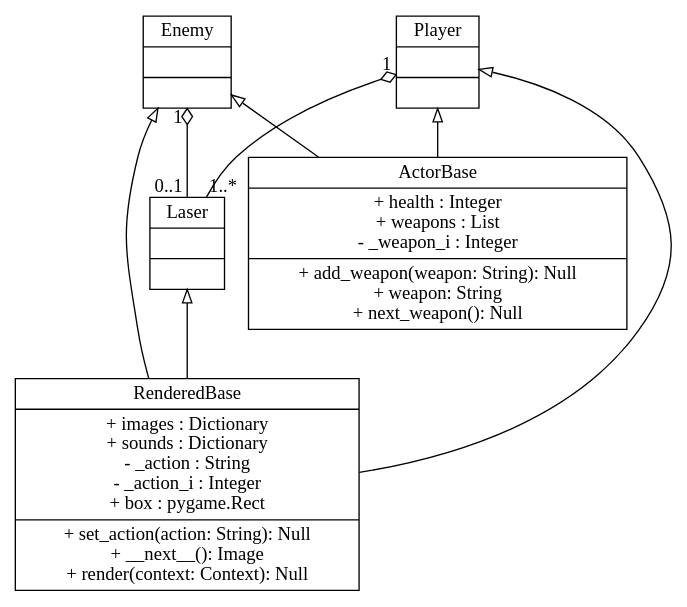
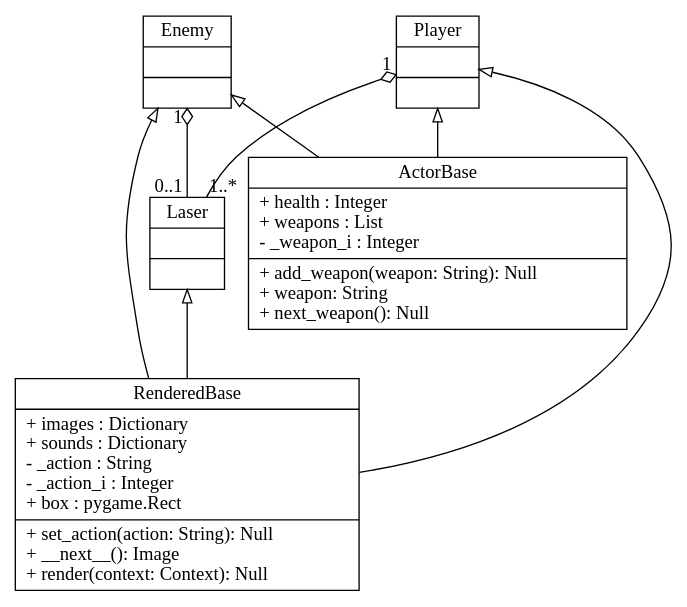
One commit to terrencepreilly/CPS410 changed the diagram in hw2/assets/object_models.dot. Above: the diagram before and after it, drawn with Graphviz. The commit also changed 6 other files, not shown here.

```diff
--- a/hw2/assets/object_models.dot
+++ b/hw2/assets/object_models.dot
@@ -1,50 +1,50 @@
 digraph G {
     node [shape="record"];
     RenderedBase [label="{
         RenderedBase |
           {
-            + images : Dictionary \n
-            + sounds : Dictionary \n
-            - _action : String \n
-            - _action_i : Integer \n
-            + box : pygame.Rect
+            + images : Dictionary \l
+            + sounds : Dictionary \l
+            - _action : String \l
+            - _action_i : Integer \l
+            + box : pygame.Rect \l
           } | {
-            + set_action(action: String): Null \n
-            + __next__(): Image \n
-            + render(context: Context): Null \n
+            + set_action(action: String): Null \l
+            + __next__(): Image \l
+            + render(context: Context): Null \l
           }
         }"];
     ActorBase [label="{
         ActorBase |
           {
-            + health : Integer \n
-            + weapons : List \n
-            - _weapon_i : Integer
+            + health : Integer \l
+            + weapons : List \l
+            - _weapon_i : Integer \l
           } | {
-            + add_weapon(weapon: String): Null \n
-            + weapon: String \n
-            + next_weapon(): Null \n
+            + add_weapon(weapon: String): Null \l
+            + weapon: String \l
+            + next_weapon(): Null \l
           }
         }"];
 
     Player [label="{Player | {} | {}}"];
     Enemy [label="{Enemy | {} | {}}"];
     Laser [label="{Laser | {} | {}}"];
 
     // is-a
     edge [dir="both", arrowtail="onormal", arrowhead="none"];
     Player -> ActorBase;
     Player -> RenderedBase;
     Enemy -> ActorBase;
     Enemy -> RenderedBase;
     Laser -> RenderedBase;
 
     // has-a
     edge [dir="both",
           arrowtail="odiamond",
           arrowhead="none",
           taillabel="1 ",
           headlabel="0..*"];
     Player -> Laser [headlabel="1..*"];
     Enemy -> Laser [headlabel="0..1"];
 }
```
